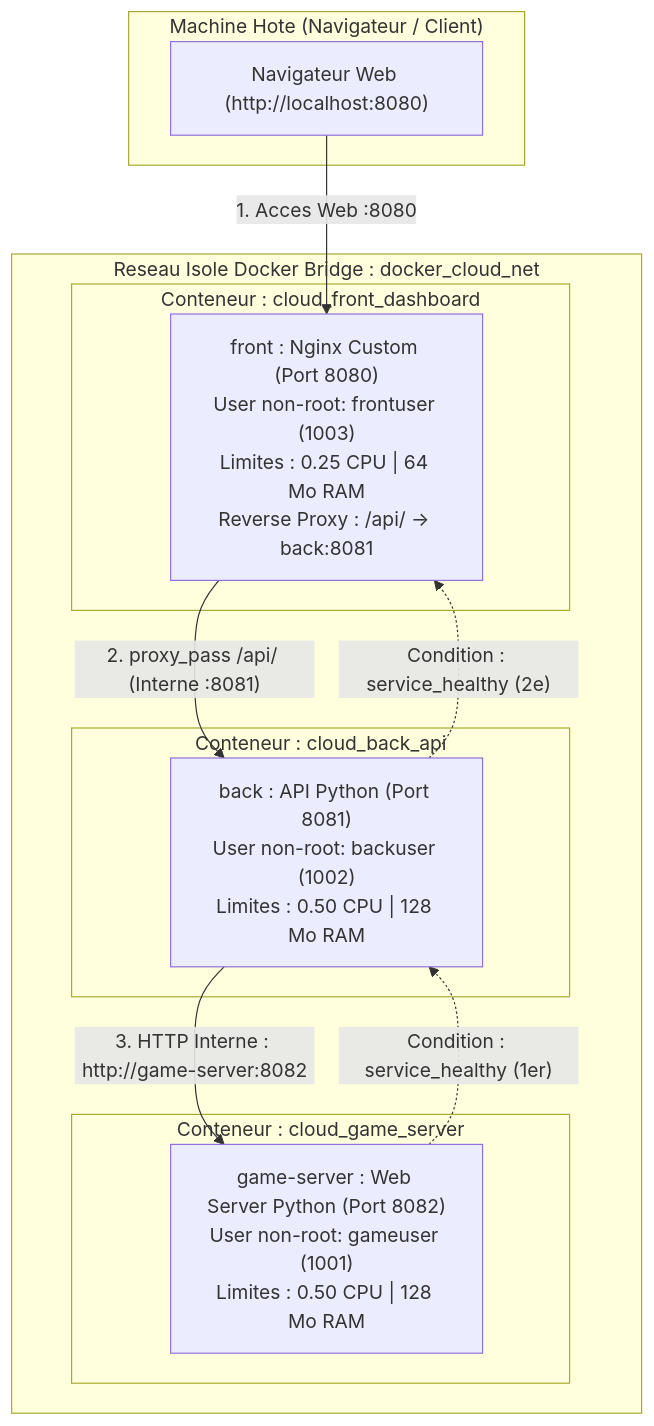
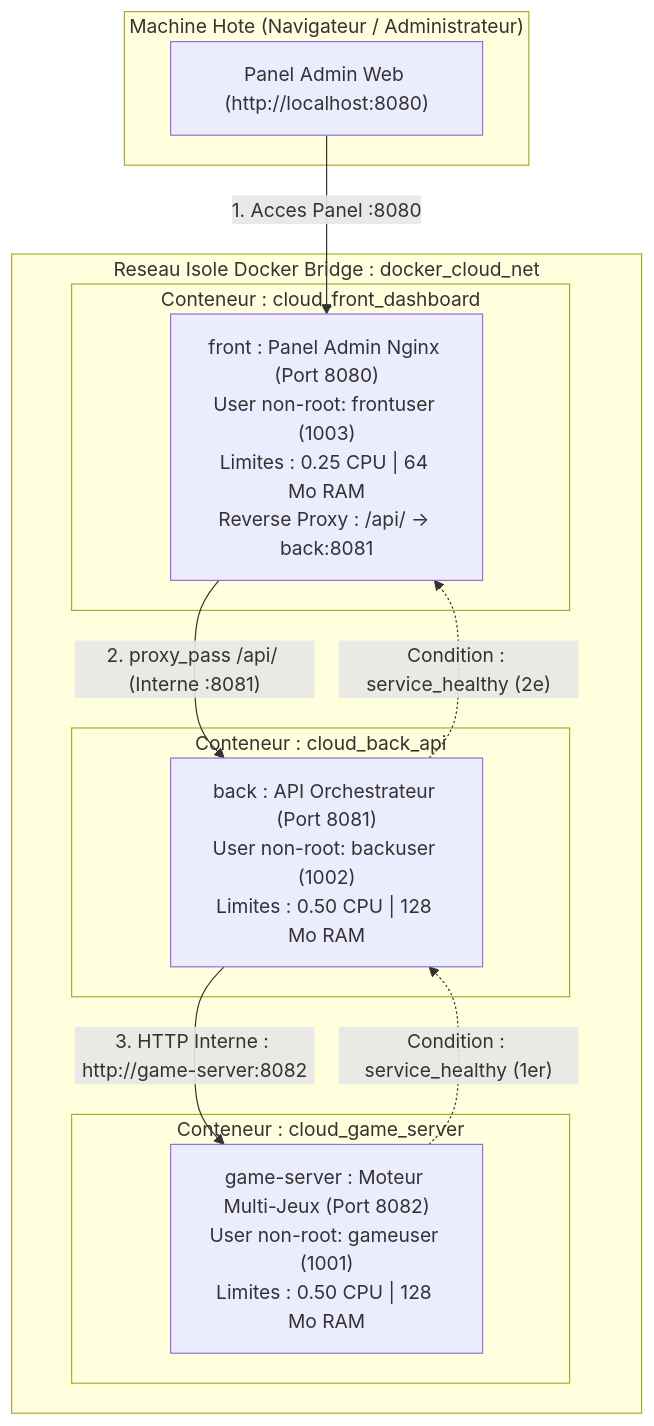
Before and after one commit to Syrioth/Training_Docker: the diagram in README.md, drawn with Mermaid. The commit also changed other lines of this file and 3 other files, not shown here.

Commit message:
feat: clarifier panel admin multi-sessions et supprimer emojis

````diff
--- a/README.md
+++ b/README.md
@@ -51,27 +50,27 @@
 ```mermaid
 flowchart TD
-    subgraph MachineHote["Machine Hote (Navigateur / Client)"]
-        Browser["Navigateur Web (http://localhost:8080)"]
+    subgraph MachineHote["Machine Hote (Navigateur / Administrateur)"]
+        Browser["Panel Admin Web (http://localhost:8080)"]
     end
 
     subgraph ReseauDocker["Reseau Isole Docker Bridge : docker_cloud_net"]
         subgraph FrontContainer["Conteneur : cloud_front_dashboard"]
-            Front["front : Nginx Custom (Port 8080)<br/>User non-root: frontuser (1003)<br/>Limites : 0.25 CPU | 64 Mo RAM<br/>Reverse Proxy : /api/ -> back:8081"]
+            Front["front : Panel Admin Nginx (Port 8080)<br/>User non-root: frontuser (1003)<br/>Limites : 0.25 CPU | 64 Mo RAM<br/>Reverse Proxy : /api/ -> back:8081"]
         end
 
         subgraph BackContainer["Conteneur : cloud_back_api"]
-            Back["back : API Python (Port 8081)<br/>User non-root: backuser (1002)<br/>Limites : 0.50 CPU | 128 Mo RAM"]
+            Back["back : API Orchestrateur (Port 8081)<br/>User non-root: backuser (1002)<br/>Limites : 0.50 CPU | 128 Mo RAM"]
         end
 
         subgraph GameContainer["Conteneur : cloud_game_server"]
-            Game["game-server : Web Server Python (Port 8082)<br/>User non-root: gameuser (1001)<br/>Limites : 0.50 CPU | 128 Mo RAM"]
+            Game["game-server : Moteur Multi-Jeux (Port 8082)<br/>User non-root: gameuser (1001)<br/>Limites : 0.50 CPU | 128 Mo RAM"]
         end
     end
 
-    Browser -->|"1. Acces Web :8080"| Front
+    Browser -->|"1. Acces Panel :8080"| Front
     Front -->|"2. proxy_pass /api/ (Interne :8081)"| Back
     Back -->|"3. HTTP Interne : http://game-server:8082"| Game
 
     Game -.->|"Condition : service_healthy (1er)"| Back
     Back -.->|"Condition : service_healthy (2e)"| Front
 ```
````
